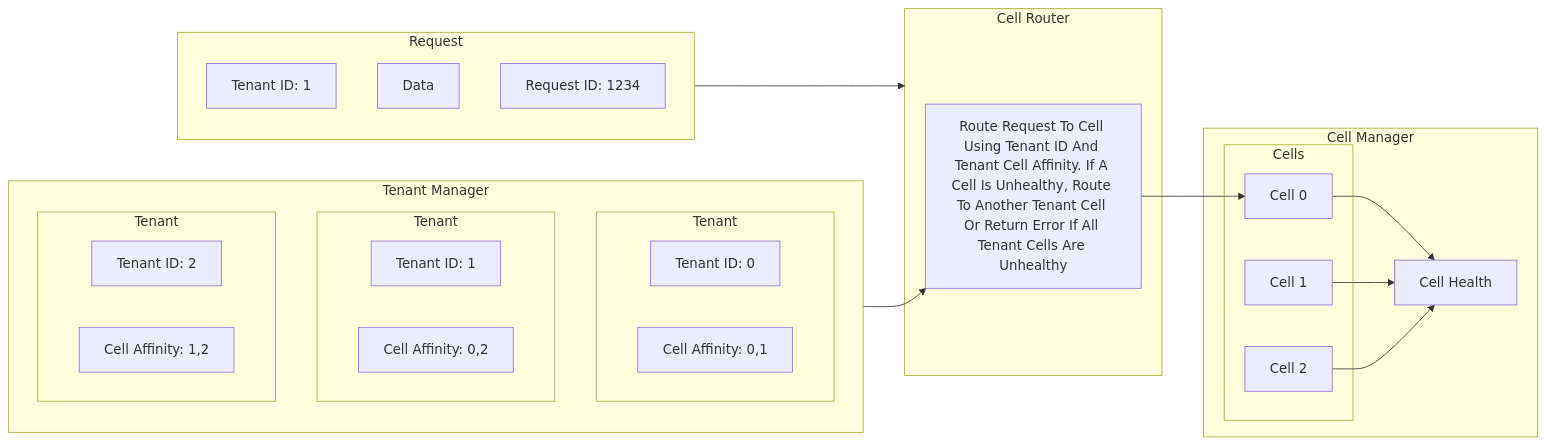
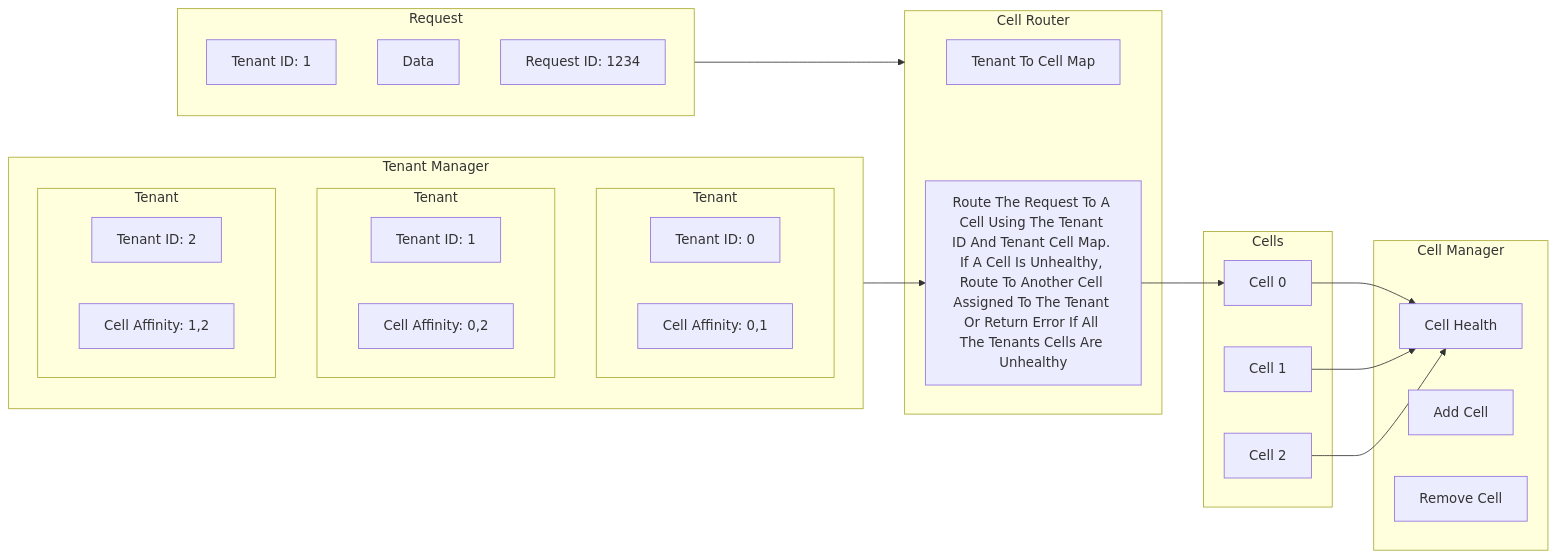
The diagram in README.md (FoodyFood/virtual-cell-based-architecture), drawn with Mermaid before and after one commit. The commit also changed other lines of this file, not shown here.

Commit message:
doc: Improve diagram

````diff
--- a/README.md
+++ b/README.md
@@ -33,48 +35,50 @@
 ```mermaid
 graph LR;
+    subgraph Cells;
+        Cell0[Cell 0]
+        Cell1[Cell 1]
+        Cell2[Cell 2]
+    end
     subgraph CellManager[Cell Manager]
-        subgraph Cells;
-            Cell0[Cell 0]
-            Cell1[Cell 1]
-            Cell2[Cell 2]
-        end
-
+        CellHealth[Cell Health]
 
         Cell0 --> CellHealth
         Cell1 --> CellHealth
         Cell2 --> CellHealth
         
-        CellHealth[Cell Health]
+        AddCell[Add Cell]
+        RemoveCell[Remove Cell]
     end
 
 
     subgraph TenantManager[Tenant Manager]
         subgraph Tenant0[Tenant]
             TenantId0[Tenant ID: 0]
             CellAffinity0[Cell Affinity: 0,1]
         end
         subgraph Tenant1[Tenant]
             TenantId1[Tenant ID: 1]
             CellAffinity1[Cell Affinity: 0,2]
         end
         subgraph Tenant2[Tenant]
             TenantId2[Tenant ID: 2]
             CellAffinity2[Cell Affinity: 1,2]
         end
     end
 
 
     subgraph Request[Request]
         TenantId[Tenant ID: 1]
         Data
         RequestId[Request ID: 1234]
     end
 
     subgraph CellRouter[Cell Router]
-        RouteRequestByTenant[Route Request To Cell Using Tenant ID And Tenant Cell Affinity. If A Cell Is Unhealthy, Route To Another Tenant Cell Or Return Error If All Tenant Cells Are Unhealthy]
+        TenantToCellMap[Tenant To Cell Map]
+        RouteRequestByTenant[Route The Request To A Cell Using The Tenant ID And Tenant Cell Map. If A Cell Is Unhealthy, Route To Another Cell Assigned To The Tenant Or Return Error If All The Tenants Cells Are Unhealthy]
     end
 
     Request --> CellRouter
     TenantManager --> RouteRequestByTenant
     RouteRequestByTenant --> Cell0
 ```
````
